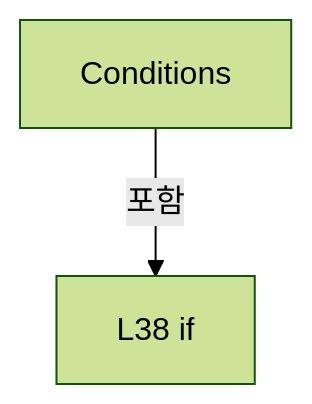
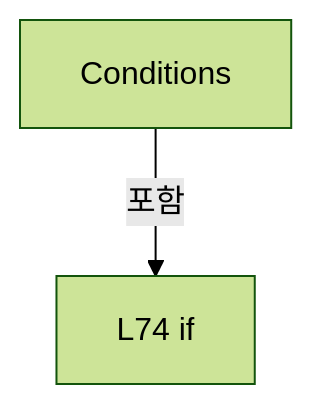
One commit to kjuws10-rgb/Shared changed the fifth of 16 diagrams in A3 LD Code Ref/files/Drilling.Common/Correction/CDefaultOffsetCalibration.cs.md. Above: the diagram before and after it, drawn with Mermaid (forest theme). The commit also changed other lines of this file and 1984 other files, not shown here.

Commit message:
docs(a3): update 11.17.0 architecture and complete code reference

````diff
--- a/A3 LD Code Ref/files/Drilling.Common/Correction/CDefaultOffsetCalibration.cs.md
+++ b/A3 LD Code Ref/files/Drilling.Common/Correction/CDefaultOffsetCalibration.cs.md
@@ -330,6 +552,6 @@
 ```mermaid
 flowchart TD
  M["Conditions"]
- N0["L38 if"]
+ N0["L74 if"]
  M -->|포함| N0
 ```
````
